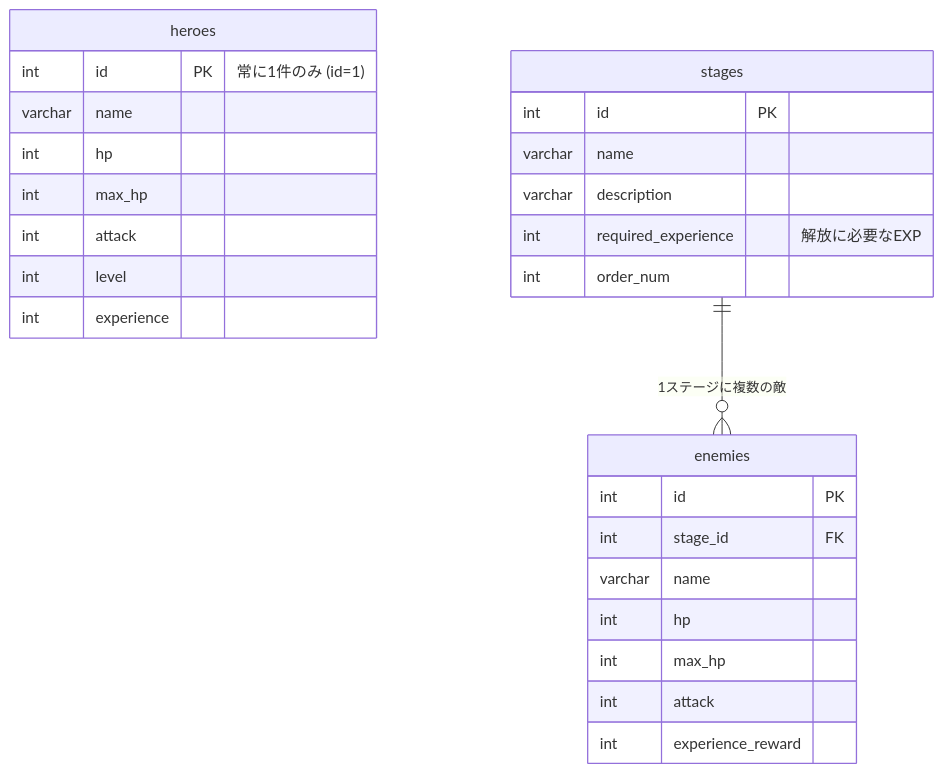
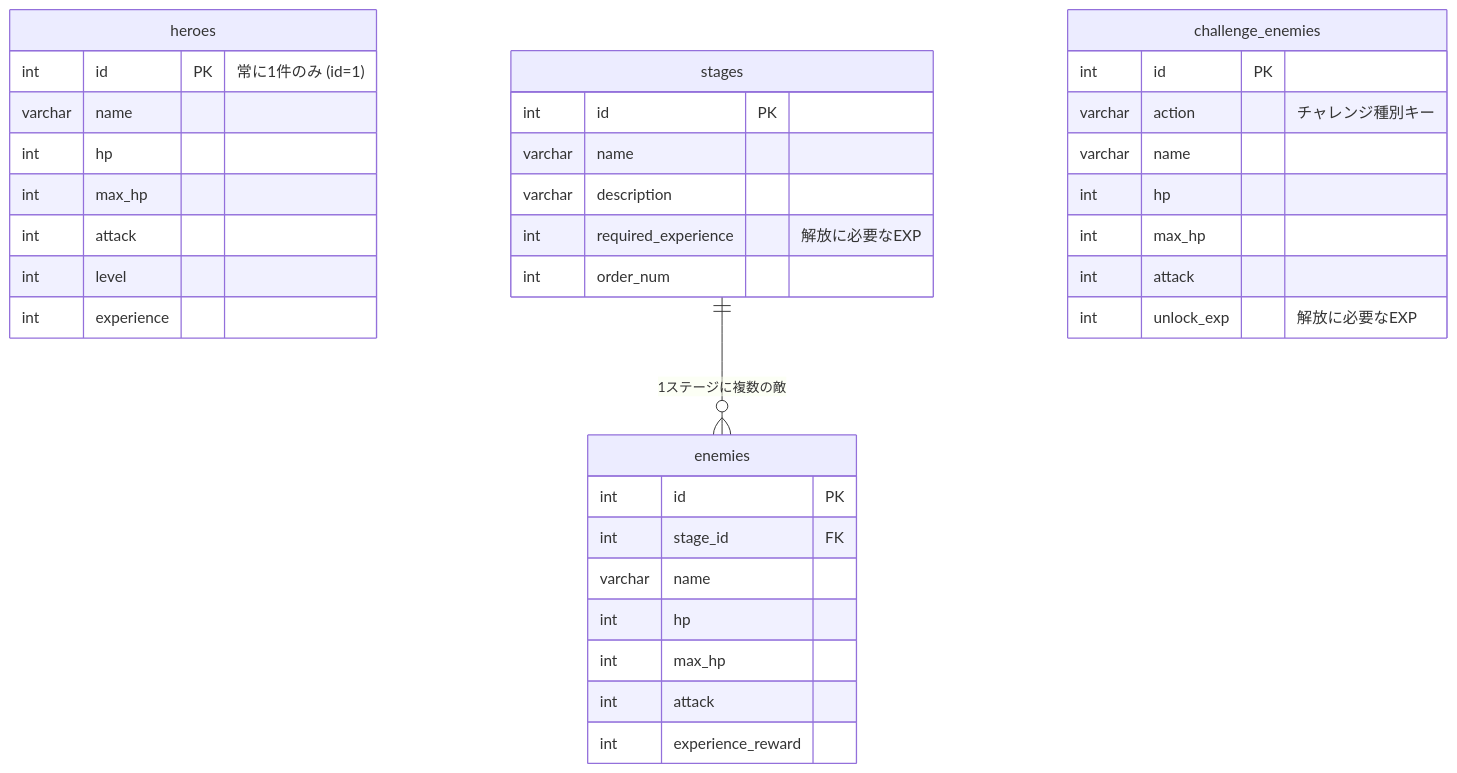
Before and after one commit to biwako-go/go-backend-workshop-2026: the third of 3 diagrams in ARCHITECTURE.md, drawn with Mermaid. The commit also changed other lines of this file and 50 other files, not shown here.

````diff
--- a/ARCHITECTURE.md
+++ b/ARCHITECTURE.md
@@ -142,29 +157,38 @@
 ```mermaid
 erDiagram
     heroes {
         int id PK "常に1件のみ (id=1)"
         varchar name
         int hp
         int max_hp
         int attack
         int level
         int experience
     }
     stages {
         int id PK
         varchar name
         varchar description
         int required_experience "解放に必要なEXP"
         int order_num
     }
     enemies {
         int id PK
         int stage_id FK
         varchar name
         int hp
         int max_hp
         int attack
         int experience_reward
     }
+    challenge_enemies {
+        int id PK
+        varchar action "チャレンジ種別キー"
+        varchar name
+        int hp
+        int max_hp
+        int attack
+        int unlock_exp "解放に必要なEXP"
+    }
     stages ||--o{ enemies : "1ステージに複数の敵"
 ```
````
